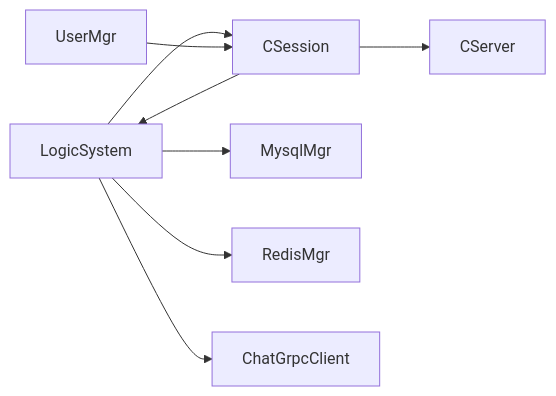
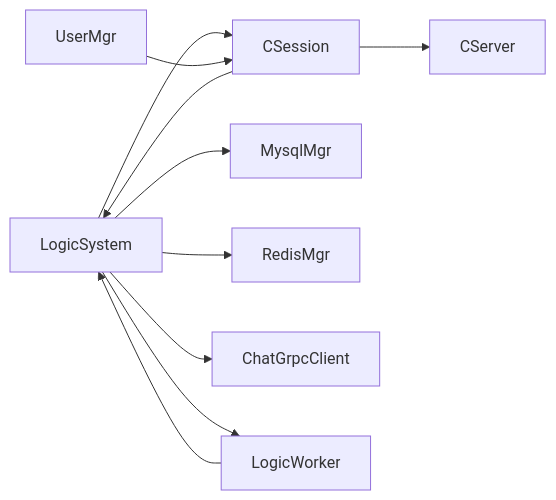
Diagram 13 of 13 in .qoder/repowiki/zh/content/架构设计/微服务架构设计/ChatServer聊天核心服务/聊天逻辑系统.md (echo9923/mychatter), drawn with Mermaid before and after one commit. The commit also changed other lines of this file and 54 other files, not shown here.

````diff
--- a/.qoder/repowiki/zh/content/架构设计/微服务架构设计/ChatServer聊天核心服务/聊天逻辑系统.md
+++ b/.qoder/repowiki/zh/content/架构设计/微服务架构设计/ChatServer聊天核心服务/聊天逻辑系统.md
@@ -417,10 +669,12 @@
 ```mermaid
 graph LR
 LogicSystem --> CSession
 LogicSystem --> MysqlMgr
 LogicSystem --> RedisMgr
 LogicSystem --> ChatGrpcClient
+LogicSystem --> LogicWorker
 UserMgr --> CSession
 CSession --> CServer
 CSession --> LogicSystem
+LogicWorker --> LogicSystem
 ```
````
